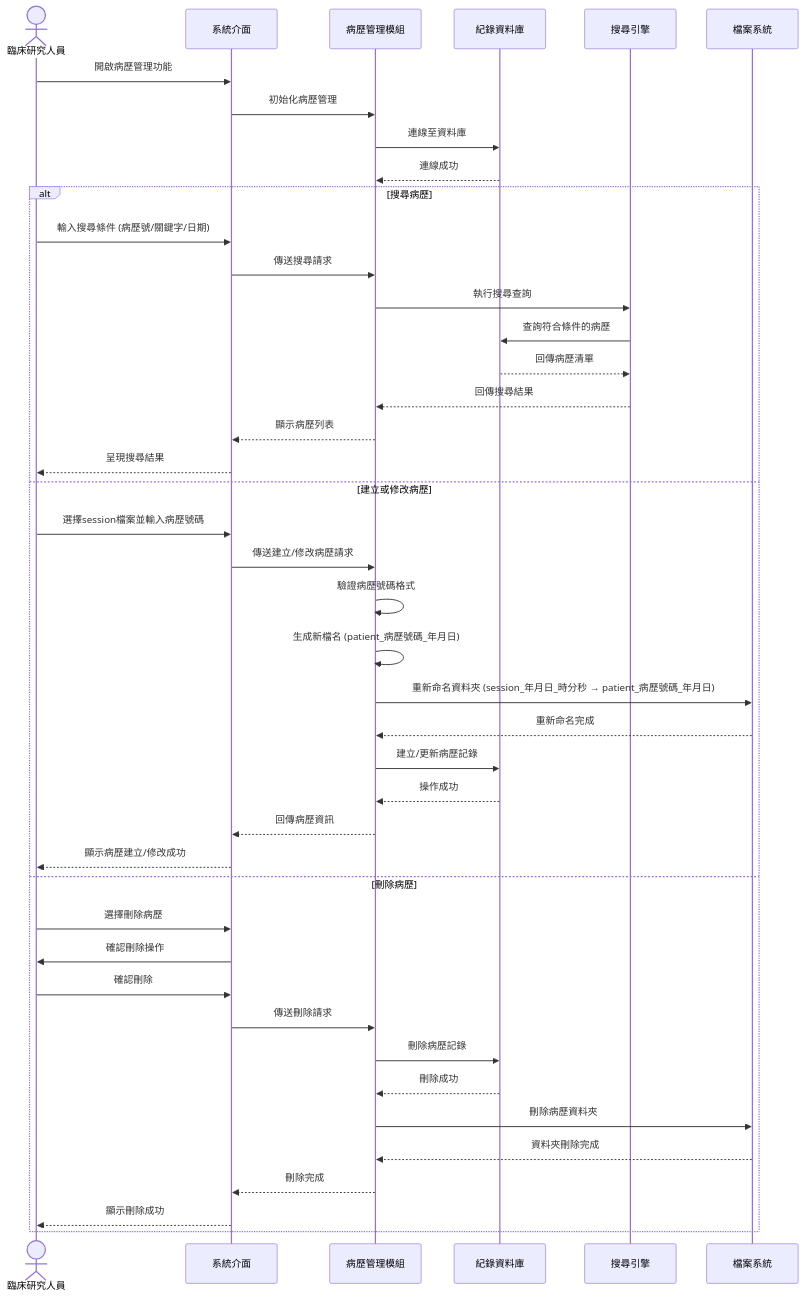
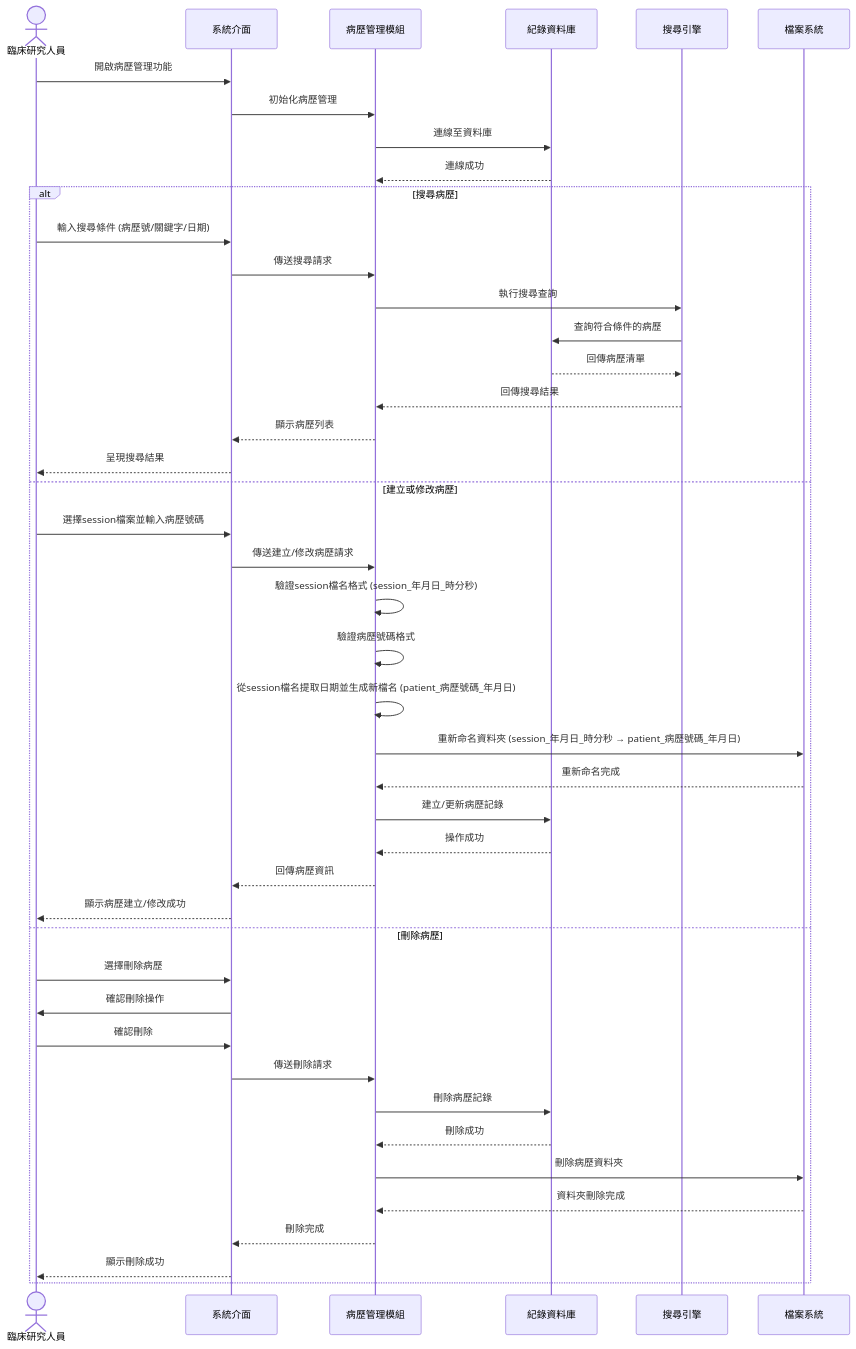
The eighth of 9 diagrams in hw5.md (Zero-cloud112/project), drawn with Mermaid before and after one commit. The commit also changed other lines of this file, not shown here.

````diff
--- a/hw5.md
+++ b/hw5.md
@@ -591,47 +591,48 @@
 ```mermaid
 sequenceDiagram
     actor 臨床研究人員
     participant 系統介面
     participant 病歷管理模組
     participant 紀錄資料庫
     participant 搜尋引擎
     participant 檔案系統
 
     臨床研究人員->>系統介面: 開啟病歷管理功能
     系統介面->>病歷管理模組: 初始化病歷管理
     病歷管理模組->>紀錄資料庫: 連線至資料庫
     紀錄資料庫-->>病歷管理模組: 連線成功
     
     alt 搜尋病歷
         臨床研究人員->>系統介面: 輸入搜尋條件 (病歷號/關鍵字/日期)
         系統介面->>病歷管理模組: 傳送搜尋請求
         病歷管理模組->>搜尋引擎: 執行搜尋查詢
         搜尋引擎->>紀錄資料庫: 查詢符合條件的病歷
         紀錄資料庫-->>搜尋引擎: 回傳病歷清單
         搜尋引擎-->>病歷管理模組: 回傳搜尋結果
         病歷管理模組-->>系統介面: 顯示病歷列表
         系統介面-->>臨床研究人員: 呈現搜尋結果
     else 建立或修改病歷
         臨床研究人員->>系統介面: 選擇session檔案並輸入病歷號碼
         系統介面->>病歷管理模組: 傳送建立/修改病歷請求
+        病歷管理模組->>病歷管理模組: 驗證session檔名格式 (session_年月日_時分秒)
         病歷管理模組->>病歷管理模組: 驗證病歷號碼格式
-        病歷管理模組->>病歷管理模組: 生成新檔名 (patient_病歷號碼_年月日)
+        病歷管理模組->>病歷管理模組: 從session檔名提取日期並生成新檔名 (patient_病歷號碼_年月日)
         病歷管理模組->>檔案系統: 重新命名資料夾 (session_年月日_時分秒 → patient_病歷號碼_年月日)
         檔案系統-->>病歷管理模組: 重新命名完成
         病歷管理模組->>紀錄資料庫: 建立/更新病歷記錄
         紀錄資料庫-->>病歷管理模組: 操作成功
         病歷管理模組-->>系統介面: 回傳病歷資訊
         系統介面-->>臨床研究人員: 顯示病歷建立/修改成功
     else 刪除病歷
         臨床研究人員->>系統介面: 選擇刪除病歷
         系統介面->>臨床研究人員: 確認刪除操作
         臨床研究人員->>系統介面: 確認刪除
         系統介面->>病歷管理模組: 傳送刪除請求
         病歷管理模組->>紀錄資料庫: 刪除病歷記錄
         紀錄資料庫-->>病歷管理模組: 刪除成功
         病歷管理模組->>檔案系統: 刪除病歷資料夾
         檔案系統-->>病歷管理模組: 資料夾刪除完成
         病歷管理模組-->>系統介面: 刪除完成
         系統介面-->>臨床研究人員: 顯示刪除成功
     end
 ```
````
